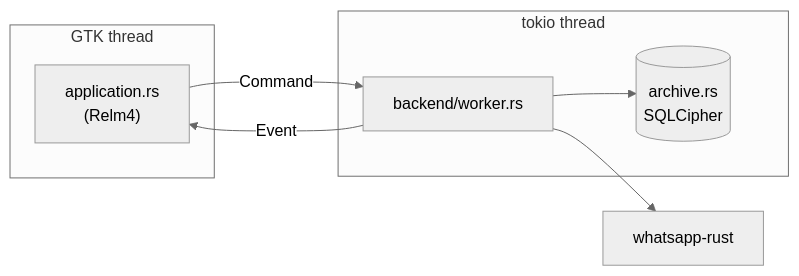
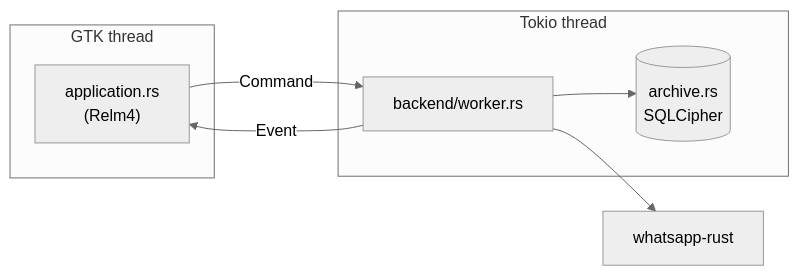
The diagram in ARCHITECTURE.md (luminusOS/zaptide), drawn with Mermaid (neutral theme) before and after one commit. The commit also changed other lines of this file and 15 other files, not shown here.

````diff
--- a/ARCHITECTURE.md
+++ b/ARCHITECTURE.md
@@ -14,14 +14,14 @@
 ```mermaid
 flowchart LR
     subgraph gtk["GTK thread"]
         app["application.rs<br/>(Relm4)"]
     end
-    subgraph tokio["tokio thread"]
+    subgraph tokio["Tokio thread"]
         worker["backend/worker.rs"]
         archive[("archive.rs<br/>SQLCipher")]
     end
     app -- Command --> worker
     worker -- Event --> app
     worker --> wa["whatsapp-rust"]
     worker --> archive
 ```
````
